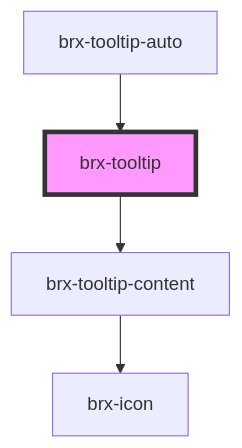
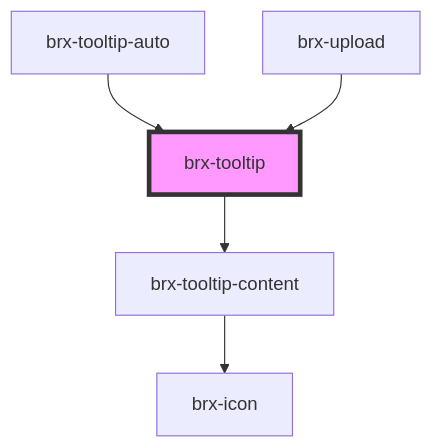
The diagram in packages/core/src/components/brx-tooltip/readme.md (copperui/copperui), drawn with Mermaid before and after one commit. The commit also changed other lines of this file and 20 other files, not shown here.

First line of the commit message:
feat(core): components: brx-upload (#58)

````diff
--- a/packages/core/src/components/brx-tooltip/readme.md
+++ b/packages/core/src/components/brx-tooltip/readme.md
@@ -44,7 +45,8 @@
 ```mermaid
 graph TD;
   brx-tooltip --> brx-tooltip-content
   brx-tooltip-content --> brx-icon
   brx-tooltip-auto --> brx-tooltip
+  brx-upload --> brx-tooltip
   style brx-tooltip fill:#f9f,stroke:#333,stroke-width:4px
 ```
````
